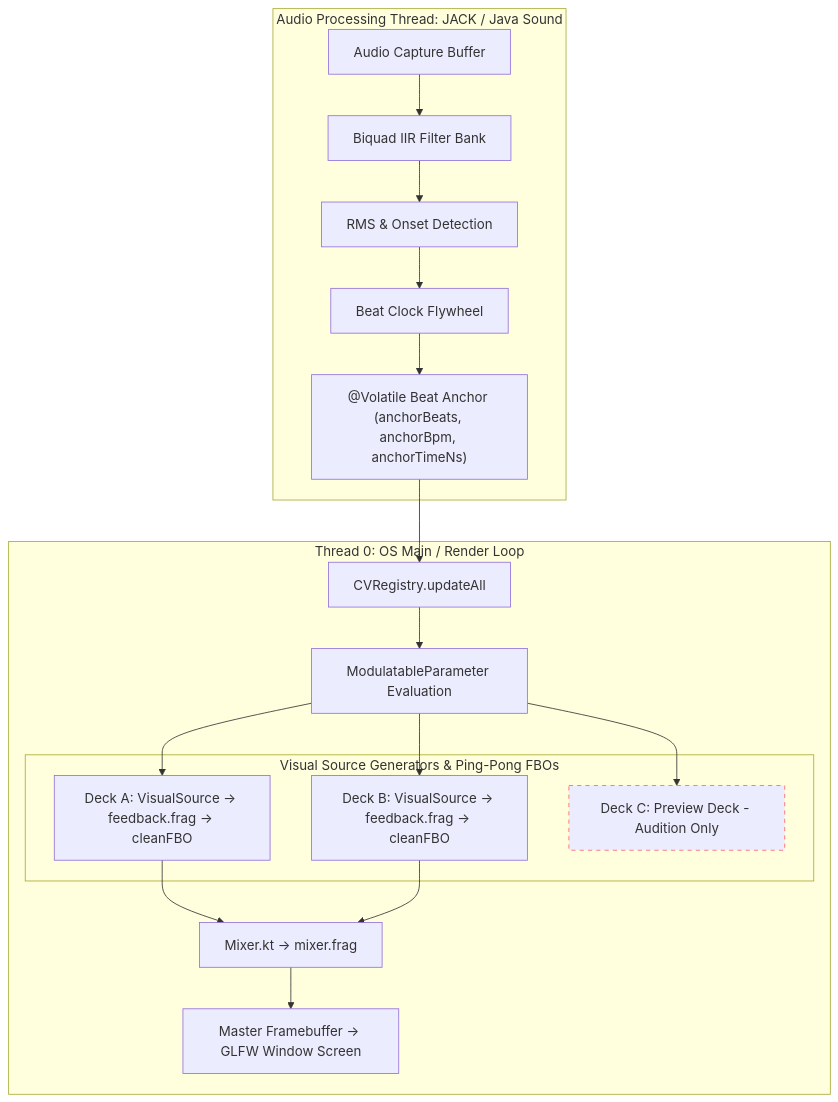
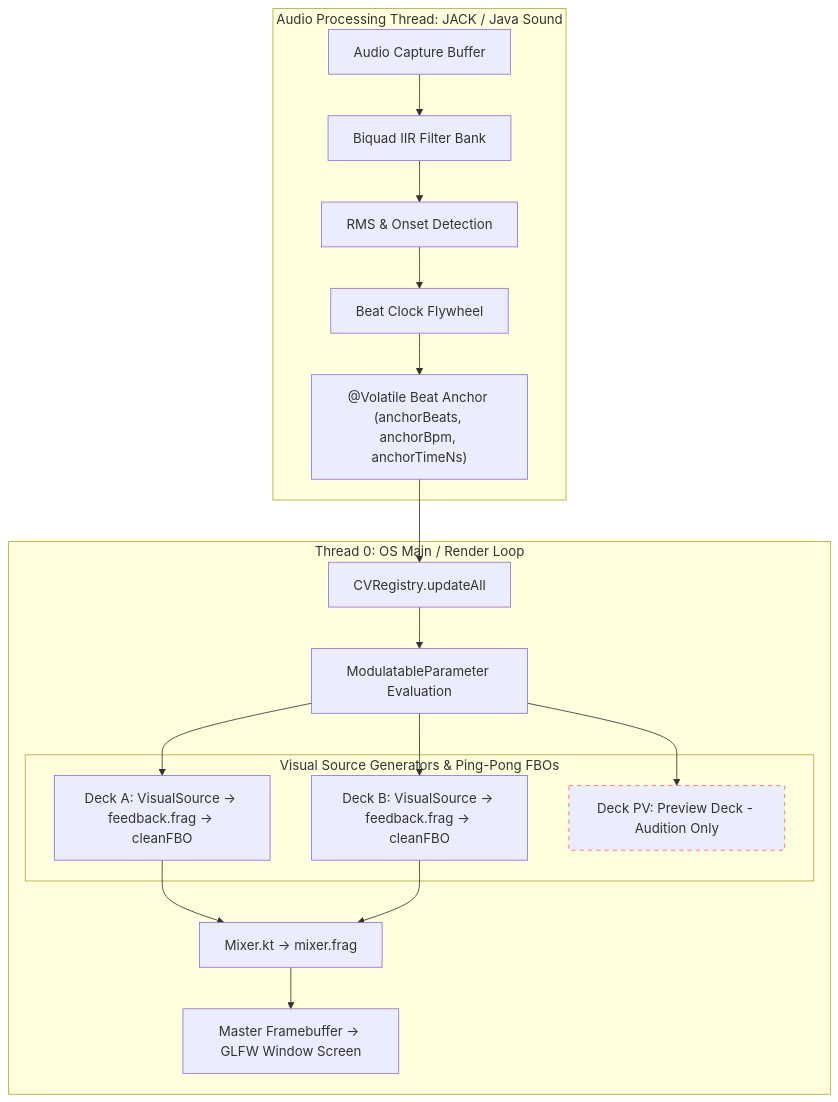
Before and after one commit to greenjon/liquid-lsd: the diagram in docs/developer/architecture.md, drawn with Mermaid. The commit also changed 35 other files, not shown here.

````diff
--- a/docs/developer/architecture.md
+++ b/docs/developer/architecture.md
@@ -9,30 +9,30 @@
 ```mermaid
 graph TD
     subgraph Audio_Thread [Audio Processing Thread: JACK / Java Sound]
         AudioIn[Audio Capture Buffer] --> Biquad[Biquad IIR Filter Bank]
         Biquad --> RMS[RMS & Onset Detection]
         RMS --> Flywheel[Beat Clock Flywheel]
         Flywheel --> Anchor["@Volatile Beat Anchor (anchorBeats, anchorBpm, anchorTimeNs)"]
     end
 
     subgraph Thread_0 [Thread 0: OS Main / Render Loop]
         Anchor --> CVReg[CVRegistry.updateAll]
         CVReg --> ModEval[ModulatableParameter Evaluation]
         
         subgraph Deck_Generators [Visual Source Generators & Ping-Pong FBOs]
             DeckA[Deck A: VisualSource -> feedback.frag -> cleanFBO]
             DeckB[Deck B: VisualSource -> feedback.frag -> cleanFBO]
-            DeckC[Deck C: Preview Deck - Audition Only]
+            DeckPV[Deck PV: Preview Deck - Audition Only]
         end
         
         ModEval --> DeckA
         ModEval --> DeckB
-        ModEval --> DeckC
+        ModEval --> DeckPV
         
         DeckA --> Mixer[Mixer.kt -> mixer.frag]
         DeckB --> Mixer
         Mixer --> Screen[Master Framebuffer -> GLFW Window Screen]
     end
     
-    style DeckC stroke:#f66,stroke-dasharray: 5 5
+    style DeckPV stroke:#f66,stroke-dasharray: 5 5
 ```
````
